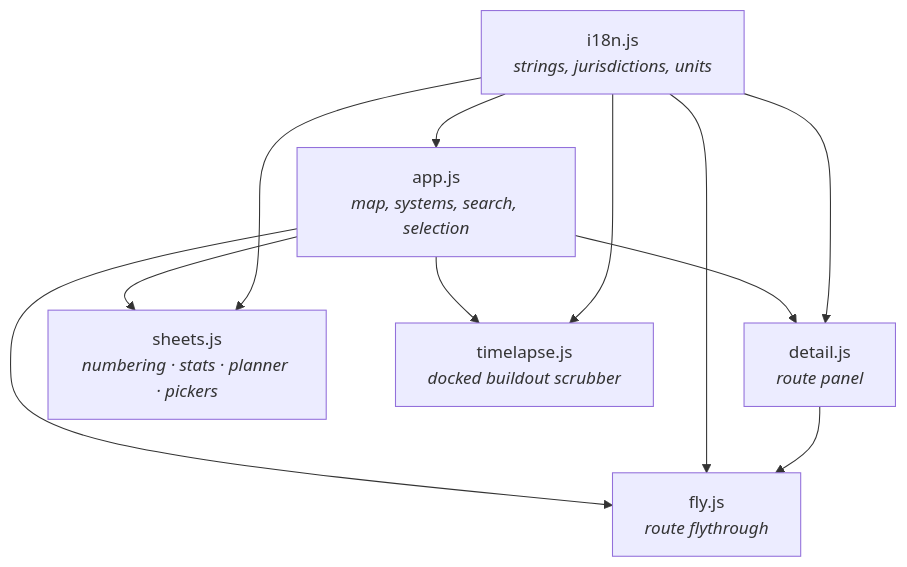
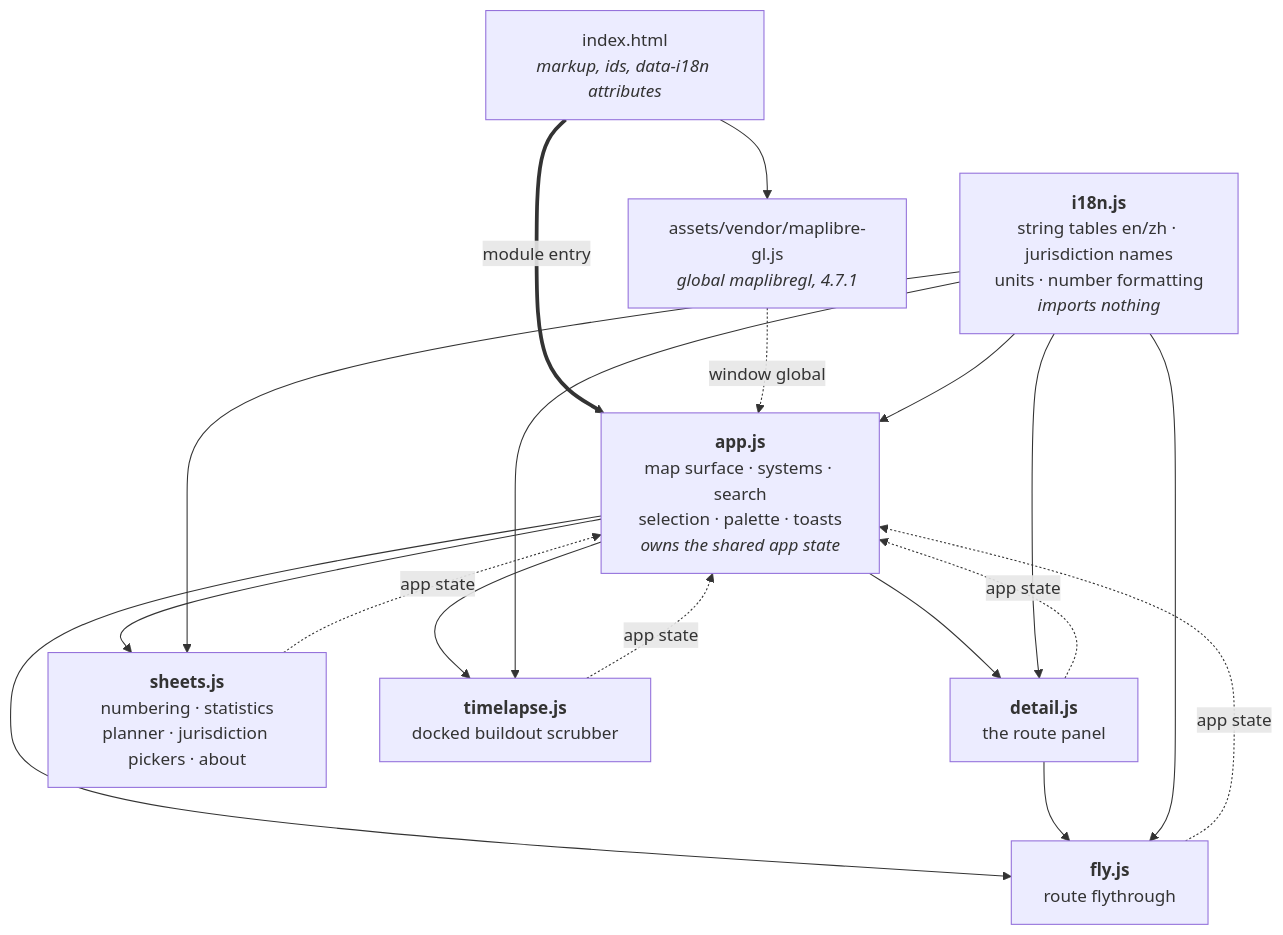
Before and after one commit to AndyUneducated/interstate-atlas: the fourth of 5 diagrams in docs/ARCHITECTURE.md, drawn with Mermaid. The commit also changed other lines of this file and 4 other files, not shown here.

````diff
--- a/docs/ARCHITECTURE.md
+++ b/docs/ARCHITECTURE.md
@@ -241,20 +425,32 @@
 ```mermaid
 flowchart TD
-  APP["app.js<br/><i>map, systems, search, selection</i>"]
-  I18N["i18n.js<br/><i>strings, jurisdictions, units</i>"]
-  DET["detail.js<br/><i>route panel</i>"]
-  SH["sheets.js<br/><i>numbering · stats · planner · pickers</i>"]
-  TL["timelapse.js<br/><i>docked buildout scrubber</i>"]
-  FLY["fly.js<br/><i>route flythrough</i>"]
+  HTML["index.html<br/><i>markup, ids, data-i18n attributes</i>"]
+  MLGL["assets/vendor/maplibre-gl.js<br/><i>global maplibregl, 4.7.1</i>"]
+  APP["<b>app.js</b><br/>map surface · systems · search<br/>selection · palette · toasts<br/><i>owns the shared app state</i>"]
+  I18N["<b>i18n.js</b><br/>string tables en/zh · jurisdiction names<br/>units · number formatting<br/><i>imports nothing</i>"]
+  DET["<b>detail.js</b><br/>the route panel"]
+  SH["<b>sheets.js</b><br/>numbering · statistics<br/>planner · jurisdiction pickers · about"]
+  TL["<b>timelapse.js</b><br/>docked buildout scrubber"]
+  FLY["<b>fly.js</b><br/>route flythrough"]
+
+  HTML --> MLGL
+  HTML ==>|"module entry"| APP
+  MLGL -.->|"window global"| APP
 
   APP --> DET
   APP --> SH
   APP --> TL
   APP --> FLY
+  DET --> FLY
+
+  DET -.->|"app state"| APP
+  SH -.->|"app state"| APP
+  TL -.->|"app state"| APP
+  FLY -.->|"app state"| APP
+
   I18N --> APP
   I18N --> DET
   I18N --> SH
   I18N --> TL
   I18N --> FLY
-  DET --> FLY
 ```
````
